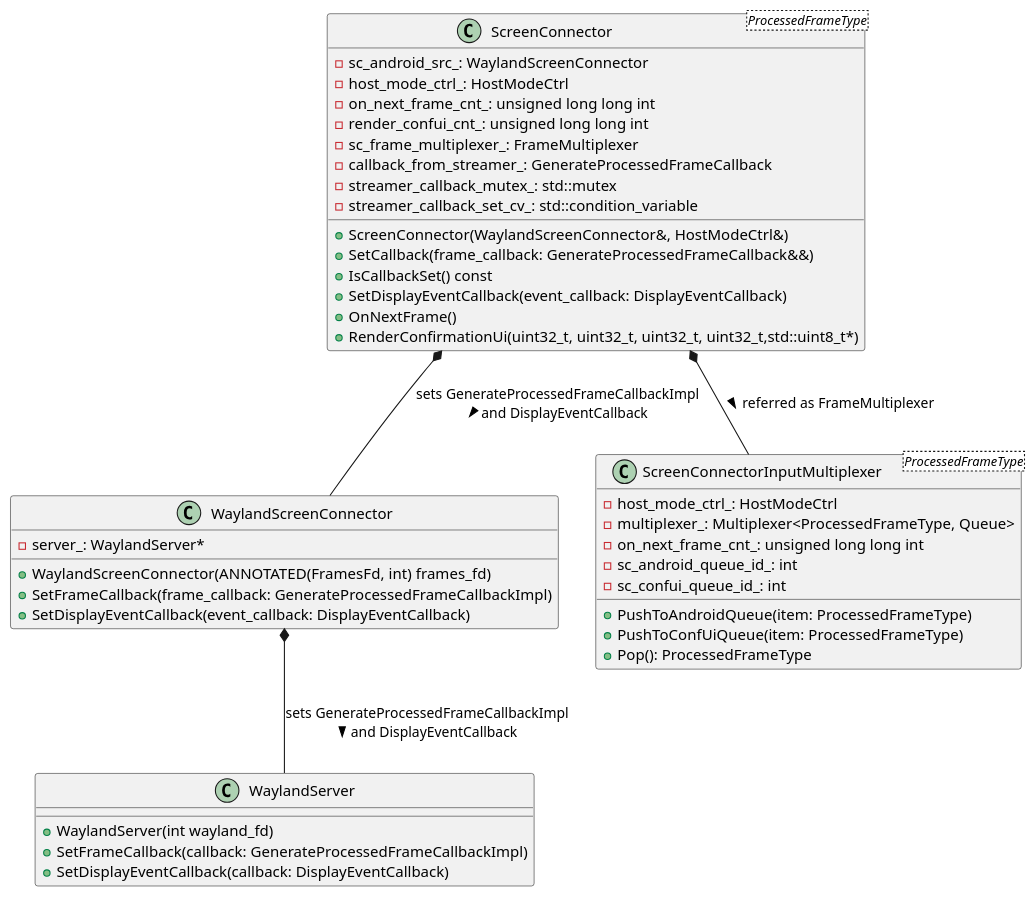
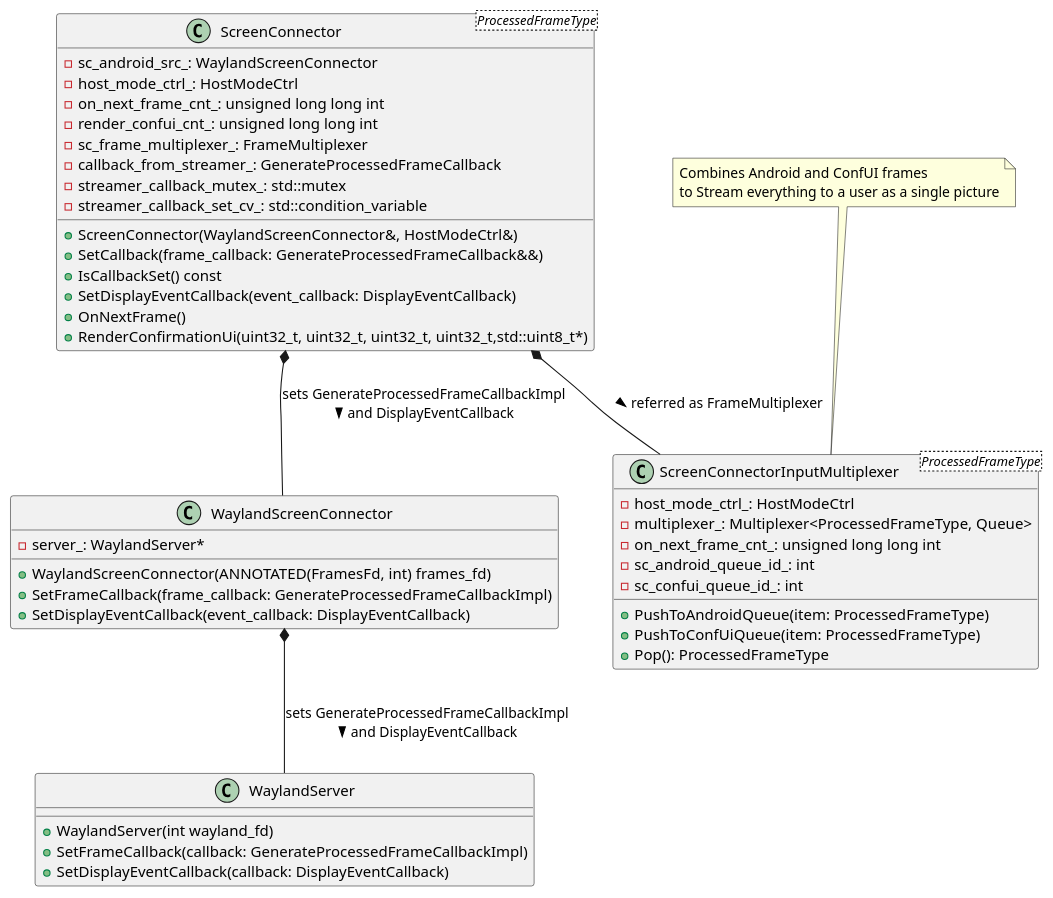
The diagram in screen_connector_diagram.puml (dmitvitalii/cf_diagrams), drawn with PlantUML before and after one commit.

Commit message:
Add a comment note to a multiplexer

```diff
--- a/screen_connector_diagram.puml
+++ b/screen_connector_diagram.puml
@@ -1,49 +1,50 @@
 @startuml
 
 class WaylandScreenConnector {
   -server_: WaylandServer*
   +WaylandScreenConnector(ANNOTATED(FramesFd, int) frames_fd)
   +SetFrameCallback(frame_callback: GenerateProcessedFrameCallbackImpl)
   +SetDisplayEventCallback(event_callback: DisplayEventCallback)
 }
 
 class WaylandServer {
   +WaylandServer(int wayland_fd)
   +SetFrameCallback(callback: GenerateProcessedFrameCallbackImpl)
   +SetDisplayEventCallback(callback: DisplayEventCallback)
 }
 
 class ScreenConnector<ProcessedFrameType> {
   -sc_android_src_: WaylandScreenConnector
   -host_mode_ctrl_: HostModeCtrl
   -on_next_frame_cnt_: unsigned long long int
   -render_confui_cnt_: unsigned long long int
   -sc_frame_multiplexer_: FrameMultiplexer
   -callback_from_streamer_: GenerateProcessedFrameCallback
   -streamer_callback_mutex_: std::mutex
   -streamer_callback_set_cv_: std::condition_variable
   +ScreenConnector(WaylandScreenConnector&, HostModeCtrl&)
   +SetCallback(frame_callback: GenerateProcessedFrameCallback&&)
   +IsCallbackSet() const
   +SetDisplayEventCallback(event_callback: DisplayEventCallback)
   +OnNextFrame()
   +RenderConfirmationUi(uint32_t, uint32_t, uint32_t, uint32_t,std::uint8_t*)
 }
 
 class ScreenConnectorInputMultiplexer<ProcessedFrameType> {
   - host_mode_ctrl_: HostModeCtrl
   - multiplexer_: Multiplexer<ProcessedFrameType, Queue>
   - on_next_frame_cnt_: unsigned long long int
   - sc_android_queue_id_: int
   - sc_confui_queue_id_: int
   + PushToAndroidQueue(item: ProcessedFrameType)
   + PushToConfUiQueue(item: ProcessedFrameType)
   + Pop(): ProcessedFrameType
 }
+note top of ScreenConnectorInputMultiplexer: Combines Android and ConfUI frames\nto Stream everything to a user as a single picture
 
 ScreenConnector *-- ScreenConnectorInputMultiplexer : referred as FrameMultiplexer >
 
 ScreenConnector *-- WaylandScreenConnector : sets GenerateProcessedFrameCallbackImpl\nand DisplayEventCallback >
 WaylandScreenConnector *-- WaylandServer : sets GenerateProcessedFrameCallbackImpl\nand DisplayEventCallback >
 
 @enduml
```
